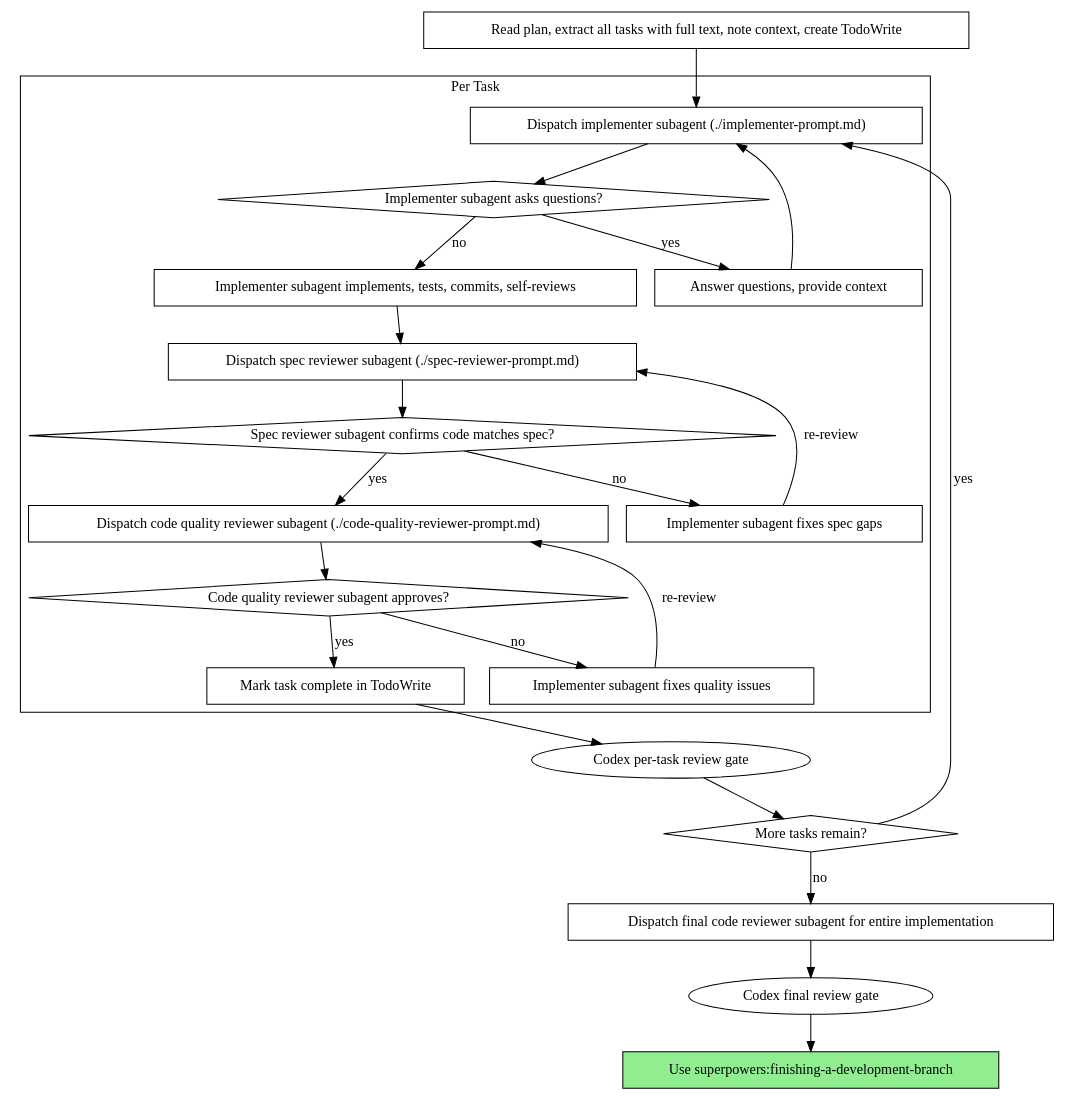
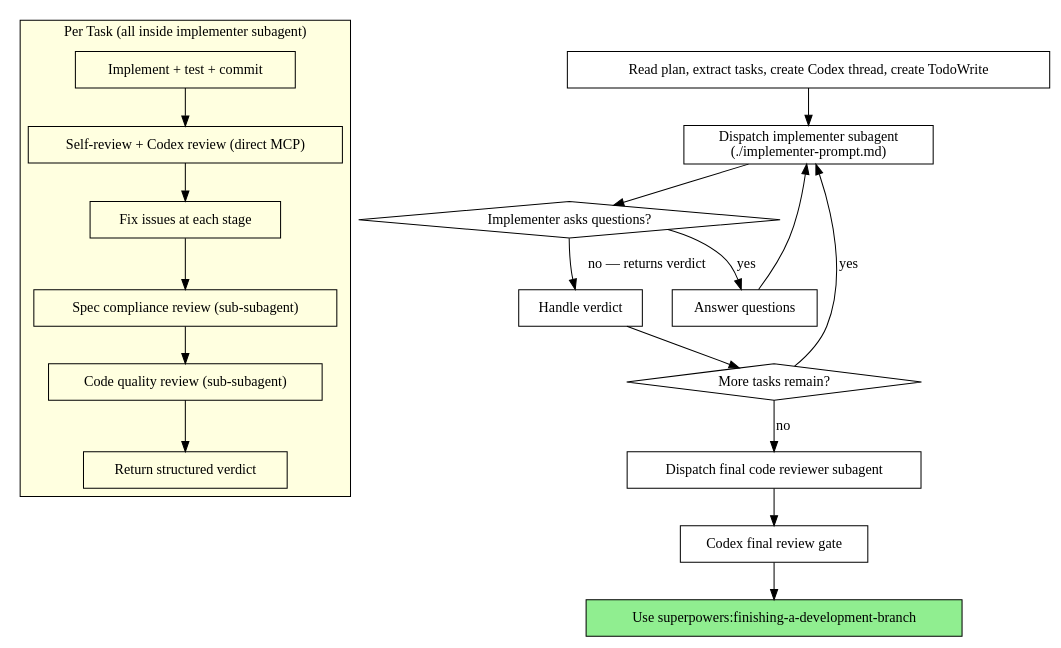
The second of 2 diagrams in skills/subagent-driven-development/SKILL.md (ebitoro/superpowers), drawn with Graphviz before and after one commit. The commit also changed other lines of this file and 1 other file, not shown here.

First line of the commit message:
refactor(subagent-driven-dev): move full review pipeline into implementer subagent

````diff
--- a/skills/subagent-driven-development/SKILL.md
+++ b/skills/subagent-driven-development/SKILL.md
@@ -40,46 +59,44 @@
 ```dot
 digraph process {
     rankdir=TB;
 
     subgraph cluster_per_task {
-        label="Per Task";
-        "Dispatch implementer subagent (./implementer-prompt.md)" [shape=box];
-        "Implementer subagent asks questions?" [shape=diamond];
-        "Answer questions, provide context" [shape=box];
-        "Implementer subagent implements, tests, commits, self-reviews" [shape=box];
-        "Dispatch spec reviewer subagent (./spec-reviewer-prompt.md)" [shape=box];
-        "Spec reviewer subagent confirms code matches spec?" [shape=diamond];
-        "Implementer subagent fixes spec gaps" [shape=box];
-        "Dispatch code quality reviewer subagent (./code-quality-reviewer-prompt.md)" [shape=box];
-        "Code quality reviewer subagent approves?" [shape=diamond];
-        "Implementer subagent fixes quality issues" [shape=box];
-        "Mark task complete in TodoWrite" [shape=box];
+        label="Per Task (all inside implementer subagent)";
+        style=filled;
+        fillcolor=lightyellow;
+        "Implement + test + commit" [shape=box];
+        "Self-review + Codex review (direct MCP)" [shape=box];
+        "Spec compliance review (sub-subagent)" [shape=box];
+        "Code quality review (sub-subagent)" [shape=box];
+        "Fix issues at each stage" [shape=box];
+        "Return structured verdict" [shape=box];
+
+        "Implement + test + commit" -> "Self-review + Codex review (direct MCP)";
+        "Self-review + Codex review (direct MCP)" -> "Fix issues at each stage";
+        "Fix issues at each stage" -> "Spec compliance review (sub-subagent)";
+        "Spec compliance review (sub-subagent)" -> "Code quality review (sub-subagent)";
+        "Code quality review (sub-subagent)" -> "Return structured verdict";
     }
 
-    "Read plan, extract all tasks with full text, note context, create TodoWrite" [shape=box];
+    "Read plan, extract tasks, create Codex thread, create TodoWrite" [shape=box];
+    "Dispatch implementer subagent\n(./implementer-prompt.md)" [shape=box];
+    "Implementer asks questions?" [shape=diamond];
+    "Answer questions" [shape=box];
+    "Handle verdict" [shape=box];
     "More tasks remain?" [shape=diamond];
-    "Dispatch final code reviewer subagent for entire implementation" [shape=box];
+    "Dispatch final code reviewer subagent" [shape=box];
+    "Codex final review gate" [shape=box];
     "Use superpowers:finishing-a-development-branch" [shape=box style=filled fillcolor=lightgreen];
 
-    "Read plan, extract all tasks with full text, note context, create TodoWrite" -> "Dispatch implementer subagent (./implementer-prompt.md)";
-    "Dispatch implementer subagent (./implementer-prompt.md)" -> "Implementer subagent asks questions?";
-    "Implementer subagent asks questions?" -> "Answer questions, provide context" [label="yes"];
-    "Answer questions, provide context" -> "Dispatch implementer subagent (./implementer-prompt.md)";
-    "Implementer subagent asks questions?" -> "Implementer subagent implements, tests, commits, self-reviews" [label="no"];
-    "Implementer subagent implements, tests, commits, self-reviews" -> "Dispatch spec reviewer subagent (./spec-reviewer-prompt.md)";
-    "Dispatch spec reviewer subagent (./spec-reviewer-prompt.md)" -> "Spec reviewer subagent confirms code matches spec?";
-    "Spec reviewer subagent confirms code matches spec?" -> "Implementer subagent fixes spec gaps" [label="no"];
-    "Implementer subagent fixes spec gaps" -> "Dispatch spec reviewer subagent (./spec-reviewer-prompt.md)" [label="re-review"];
-    "Spec reviewer subagent confirms code matches spec?" -> "Dispatch code quality reviewer subagent (./code-quality-reviewer-prompt.md)" [label="yes"];
-    "Dispatch code quality reviewer subagent (./code-quality-reviewer-prompt.md)" -> "Code quality reviewer subagent approves?";
-    "Code quality reviewer subagent approves?" -> "Implementer subagent fixes quality issues" [label="no"];
-    "Implementer subagent fixes quality issues" -> "Dispatch code quality reviewer subagent (./code-quality-reviewer-prompt.md)" [label="re-review"];
-    "Code quality reviewer subagent approves?" -> "Mark task complete in TodoWrite" [label="yes"];
-    "Mark task complete in TodoWrite" -> "Codex per-task review gate" ;
-    "Codex per-task review gate" -> "More tasks remain?";
-    "More tasks remain?" -> "Dispatch implementer subagent (./implementer-prompt.md)" [label="yes"];
-    "More tasks remain?" -> "Dispatch final code reviewer subagent for entire implementation" [label="no"];
-    "Dispatch final code reviewer subagent for entire implementation" -> "Codex final review gate";
+    "Read plan, extract tasks, create Codex thread, create TodoWrite" -> "Dispatch implementer subagent\n(./implementer-prompt.md)";
+    "Dispatch implementer subagent\n(./implementer-prompt.md)" -> "Implementer asks questions?";
+    "Implementer asks questions?" -> "Answer questions" [label="yes"];
+    "Answer questions" -> "Dispatch implementer subagent\n(./implementer-prompt.md)";
+    "Implementer asks questions?" -> "Handle verdict" [label="no — returns verdict"];
+    "Handle verdict" -> "More tasks remain?";
+    "More tasks remain?" -> "Dispatch implementer subagent\n(./implementer-prompt.md)" [label="yes"];
+    "More tasks remain?" -> "Dispatch final code reviewer subagent" [label="no"];
+    "Dispatch final code reviewer subagent" -> "Codex final review gate";
     "Codex final review gate" -> "Use superpowers:finishing-a-development-branch";
 }
 ```
````
